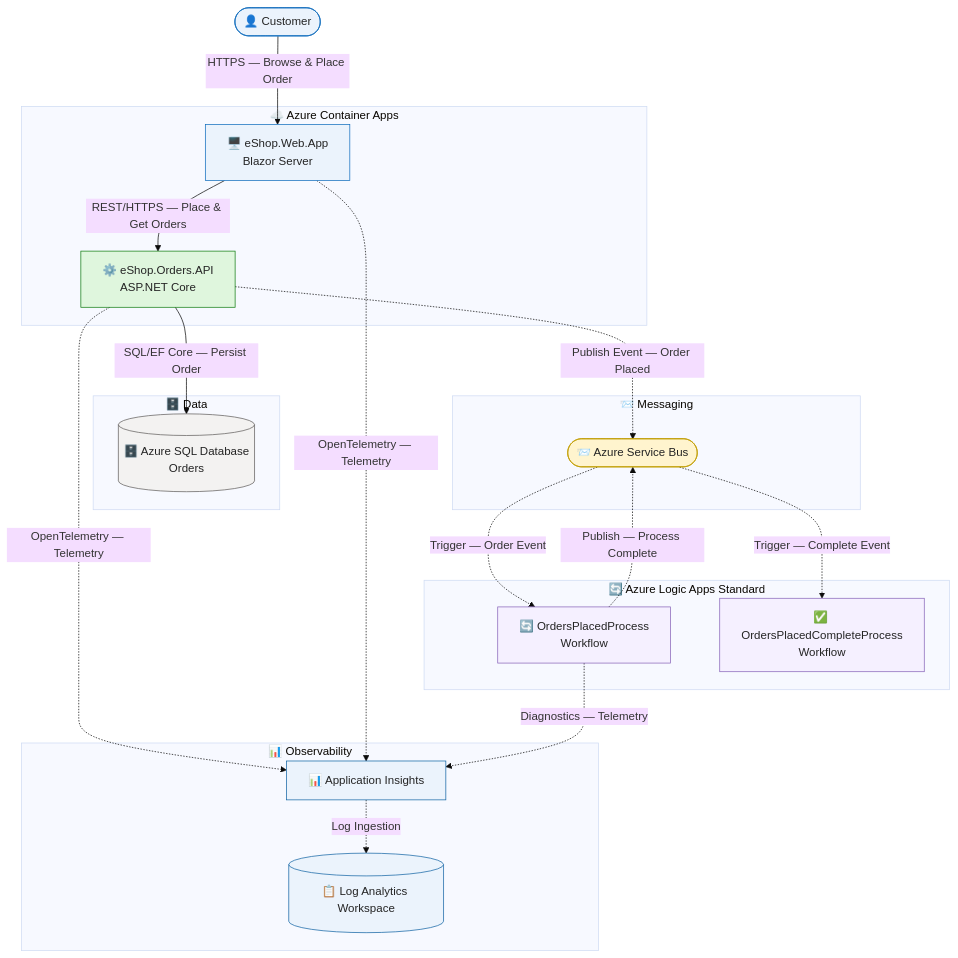
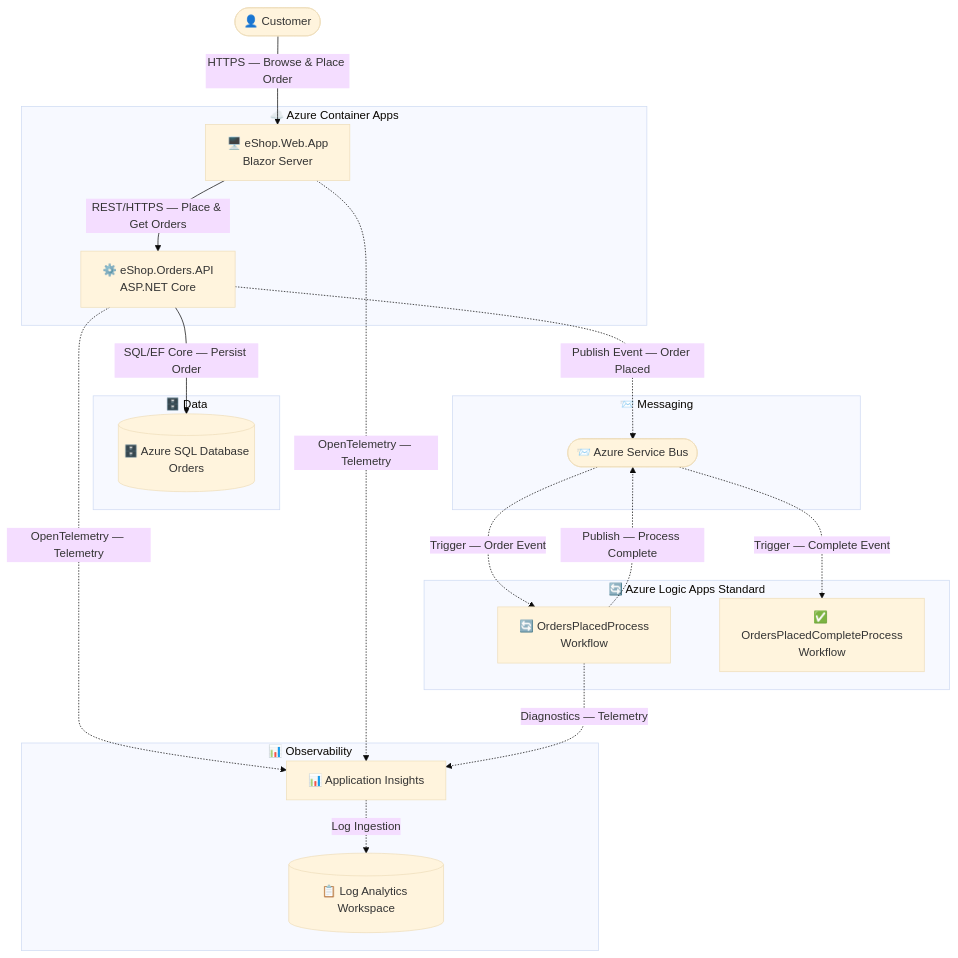
One commit to Evilazaro/Azure-LogicApps-Monitoring changed the diagram in README.md. Above: the diagram before and after it, drawn with Mermaid.

Commit message:
Remove unused style definitions from flowchart in README.md for cleaner presentation

````diff
--- a/README.md
+++ b/README.md
@@ -115,20 +115,5 @@
   OrdersPlaced -.->|"Diagnostics — Telemetry"| AppInsights
   AppInsights -.->|"Log Ingestion"| LogAnalytics
 
-  %% ──────────────── Styles — Fluent UI v9 semantic tokens ────────────────
-  classDef actor fill:#EBF3FC,stroke:#0F6CBD,color:#242424
-  classDef frontend fill:#EBF3FC,stroke:#0F6CBD,color:#242424
-  classDef api fill:#DFF6DD,stroke:#107C10,color:#242424
-  classDef datastore fill:#F3F2F1,stroke:#605E5C,color:#242424
-  classDef messaging fill:#FFF4CE,stroke:#C19C00,color:#242424
-  classDef workflow fill:#F5F0FF,stroke:#8764B8,color:#242424
-  classDef monitoring fill:#EBF3FC,stroke:#1164A3,color:#242424
 
-  class Customer actor
-  class WebApp frontend
-  class OrdersAPI api
-  class SqlDb datastore
-  class ServiceBus messaging
-  class OrdersPlaced,OrdersComplete workflow
-  class AppInsights,LogAnalytics monitoring
 ```
````
